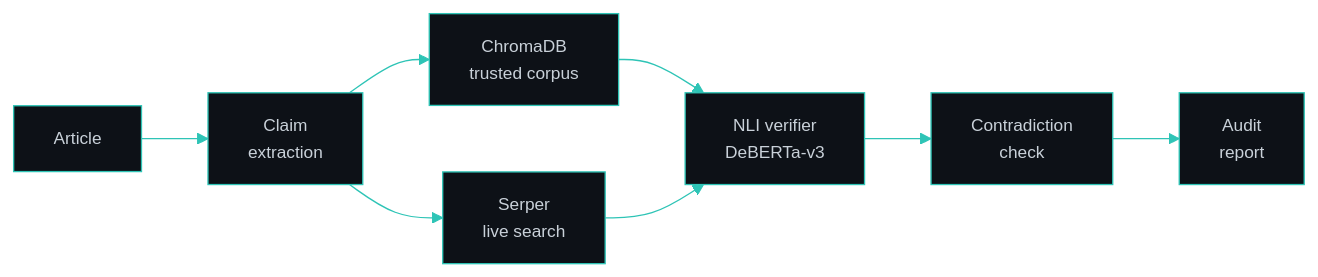
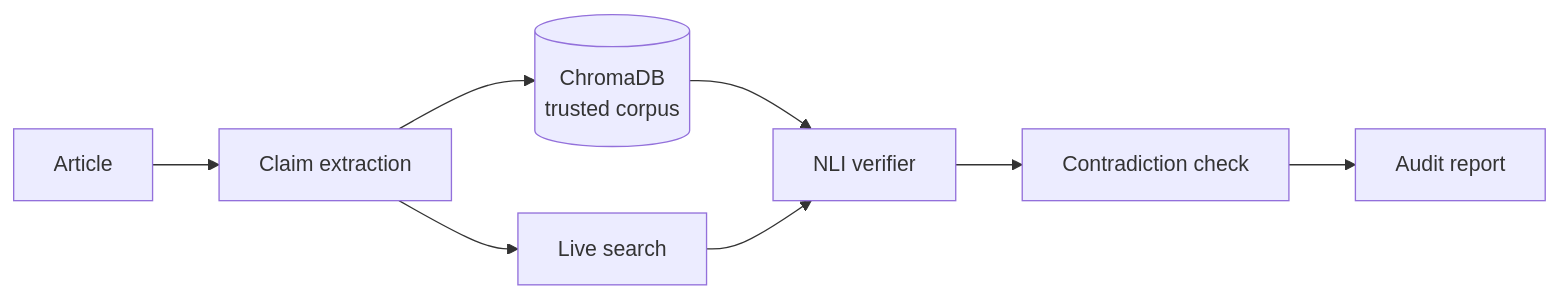
The diagram in README.md (Deepika6689/Deepika6689), drawn with Mermaid before and after one commit. The commit also changed other lines of this file, not shown here.

````diff
--- a/README.md
+++ b/README.md
@@ -86,11 +58,10 @@
 ```mermaid
-%%{init: {'theme':'base','themeVariables':{'primaryColor':'#0D1117','primaryTextColor':'#C9D1D9','primaryBorderColor':'#2EC4B6','lineColor':'#2EC4B6','fontSize':'13px'}}}%%
 flowchart LR
-  A[Article] --> B[Claim<br/>extraction]
-  B --> C[ChromaDB<br/>trusted corpus]
-  B --> D[Serper<br/>live search]
-  C --> E[NLI verifier<br/>DeBERTa-v3]
+  A[Article] --> B[Claim extraction]
+  B --> C[(ChromaDB<br/>trusted corpus)]
+  B --> D[Live search]
+  C --> E[NLI verifier]
   D --> E
-  E --> F[Contradiction<br/>check]
-  F --> G[Audit<br/>report]
+  E --> F[Contradiction check]
+  F --> G[Audit report]
 ```
````
